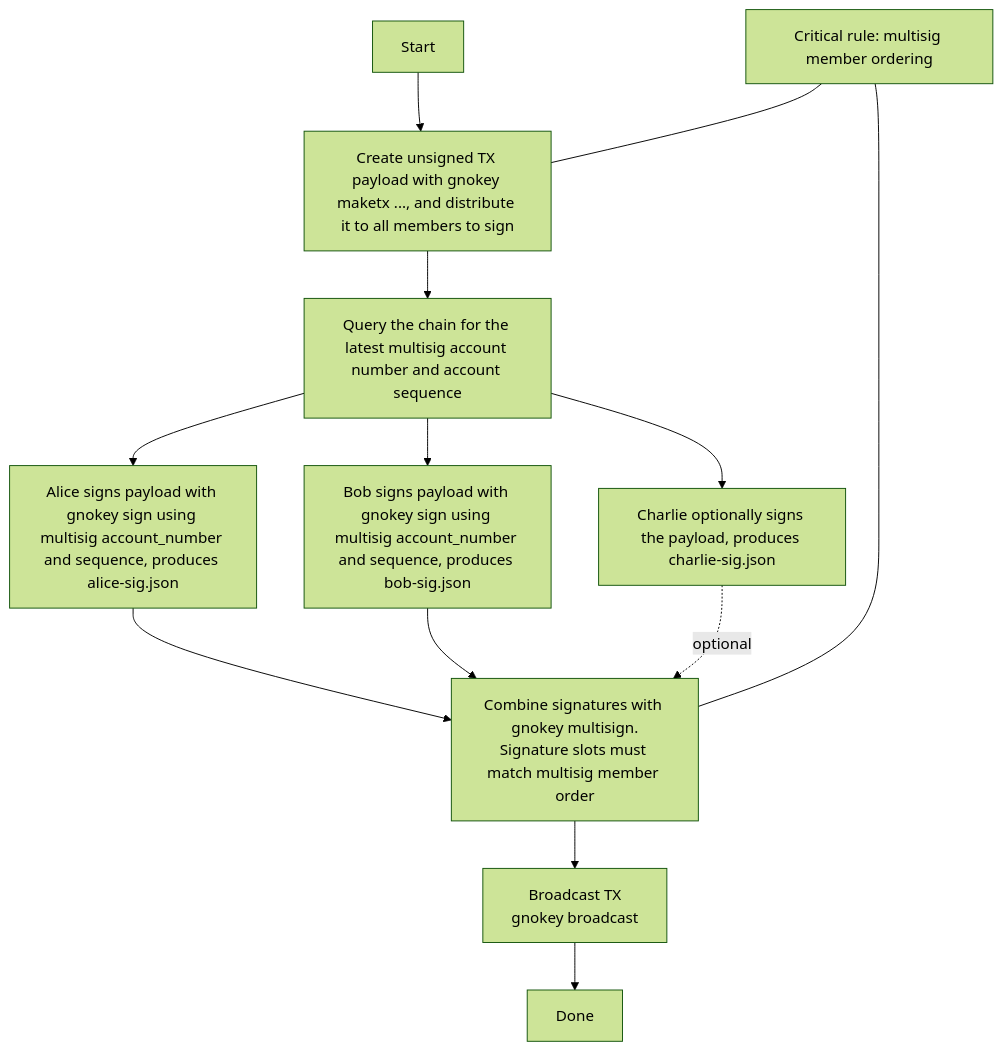
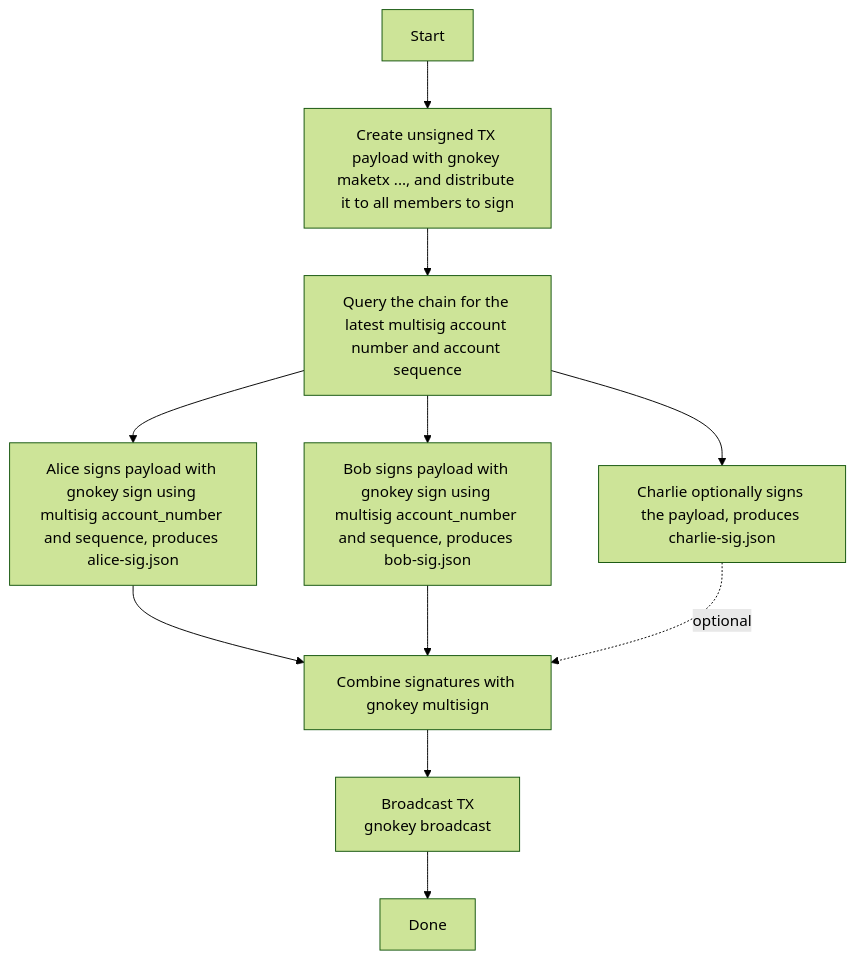
Before and after one commit to gnolang/gno: the diagram in docs/users/interact-with-gnokey.md, drawn with Mermaid (forest theme). The commit also changed other lines of this file and 4 other files, not shown here.

First line of the commit message:
docs: fix what the semantic recheck found, and say multisig member order does not matter

````diff
--- a/docs/users/interact-with-gnokey.md
+++ b/docs/users/interact-with-gnokey.md
@@ -904,16 +879,13 @@
 ```mermaid
 flowchart TD
   A[Start] --> B[Create unsigned TX payload with gnokey maketx ..., and distribute it to all members to sign]
   B --> C[Query the chain for the latest multisig account number and account sequence]
   C --> D1[Alice signs payload with gnokey sign using multisig account_number and sequence, produces <br/>alice-sig.json]
   C --> D2[Bob signs payload with gnokey sign using multisig account_number and sequence, produces <br/>bob-sig.json]
   C --> D3[Charlie optionally signs the payload, produces <br/>charlie-sig.json]
-  D1 --> E[Combine signatures with gnokey multisign.<br/>Signature slots must match multisig member order]
+  D1 --> E[Combine signatures with gnokey multisign]
   D2 --> E
   D3 -. optional .-> E
   E --> F[Broadcast TX<br/>gnokey broadcast]
   F --> G[Done]
-
-  H[Critical rule: multisig member ordering] --- B
-  H --- E
 ```
````
